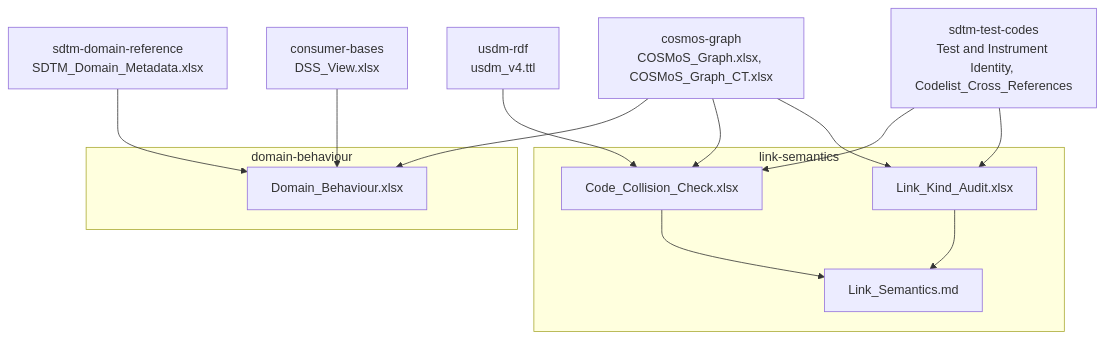
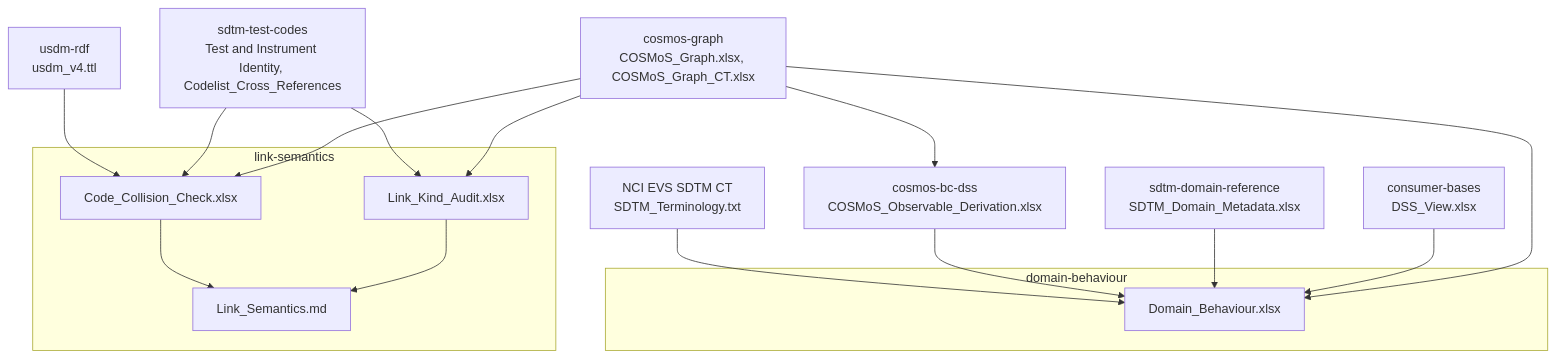
The second of 2 diagrams in docs/Data_Flow.md (kerfors/cdisc-for-ai), drawn with Mermaid before and after one commit. The commit also changed other lines of this file and 3 other files, not shown here.

````diff
--- a/docs/Data_Flow.md
+++ b/docs/Data_Flow.md
@@ -64,32 +64,37 @@
 ```mermaid
 graph TD
     CGX["cosmos-graph<br/>COSMoS_Graph.xlsx, COSMoS_Graph_CT.xlsx"]
     STC["sdtm-test-codes<br/>Test and Instrument Identity, Codelist_Cross_References"]
     USDM["usdm-rdf<br/>usdm_v4.ttl"]
 
     subgraph link-semantics
         LKA["Link_Kind_Audit.xlsx"]
         CCC["Code_Collision_Check.xlsx"]
         LS["Link_Semantics.md"]
     end
 
     CGX --> LKA
     STC --> LKA
     CGX --> CCC
     STC --> CCC
     USDM --> CCC
 
     LKA --> LS
     CCC --> LS
 
     DV["consumer-bases<br/>DSS_View.xlsx"]
     DM["sdtm-domain-reference<br/>SDTM_Domain_Metadata.xlsx"]
+    OD["cosmos-bc-dss<br/>COSMoS_Observable_Derivation.xlsx"]
+    EVSX["NCI EVS SDTM CT<br/>SDTM_Terminology.txt"]
 
     subgraph domain-behaviour
         DB["Domain_Behaviour.xlsx"]
     end
 
     CGX --> DB
     DV --> DB
     DM --> DB
+    CGX --> OD
+    OD --> DB
+    EVSX --> DB
 ```
````
